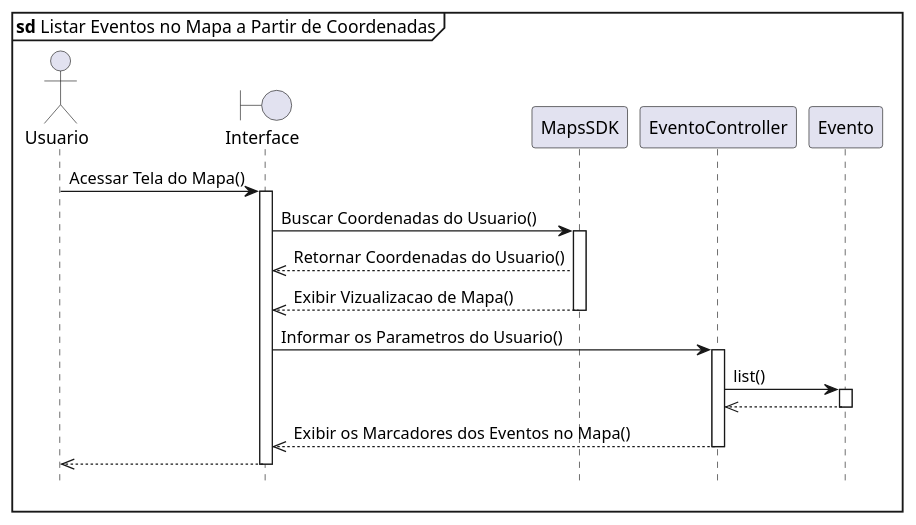
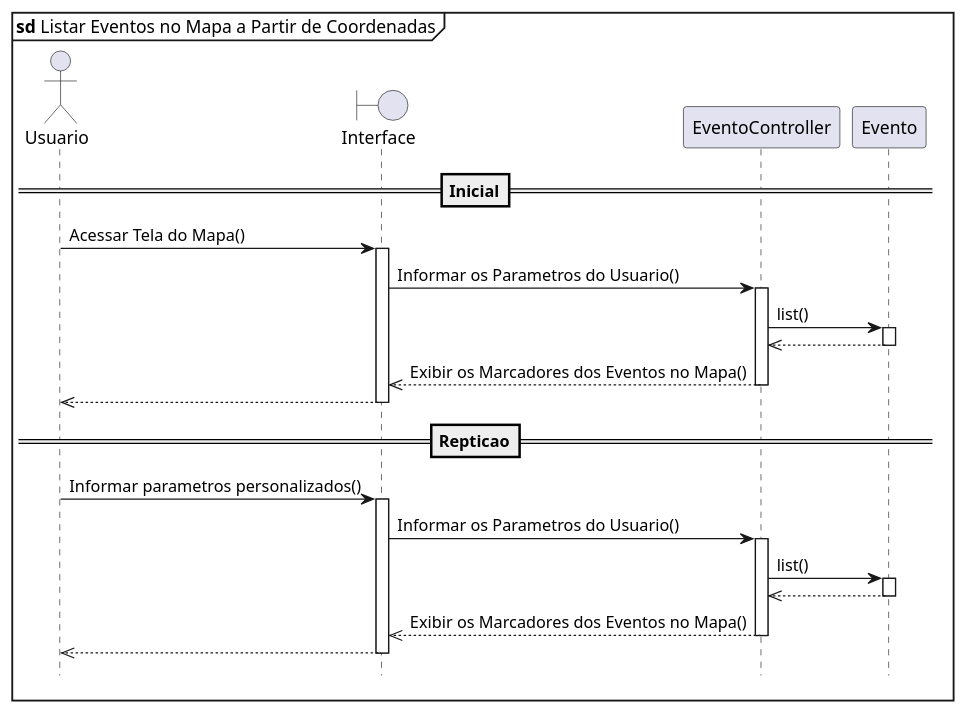
One commit to joaolfern/kolala changed the diagram in UML/sd2.plantuml. Above: the diagram before and after it, drawn with PlantUML. The commit also changed 1 other file, not shown here.

Commit message:
Update sequence diagram 2

```diff
--- a/UML/sd2.plantuml
+++ b/UML/sd2.plantuml
@@ -1,21 +1,25 @@
 @startuml
 hide footbox
 mainframe **sd** Listar Eventos no Mapa a Partir de Coordenadas
 
 actor Usuario
 boundary Interface
-participant MapsSDK
 participant EventoController
 
+==Inicial==
 Usuario -> Interface ++: Acessar Tela do Mapa()
-Interface -> MapsSDK ++: Buscar Coordenadas do Usuario()
-Interface <<-- MapsSDK : Retornar Coordenadas do Usuario()
-Interface <<-- MapsSDK --: Exibir Vizualizacao de Mapa()
 Interface -> EventoController ++: Informar os Parametros do Usuario()
 EventoController -> Evento ++: list()
 EventoController <<-- Evento --
 Interface <<-- EventoController -- : Exibir os Marcadores dos Eventos no Mapa()
 Usuario <<-- Interface --
 
+==Repticao==
+Usuario -> Interface ++: Informar parametros personalizados()
+Interface -> EventoController ++: Informar os Parametros do Usuario()
+EventoController -> Evento ++: list()
+EventoController <<-- Evento --
+Interface <<-- EventoController -- : Exibir os Marcadores dos Eventos no Mapa()
+Usuario <<-- Interface --
 
 @enduml
```
